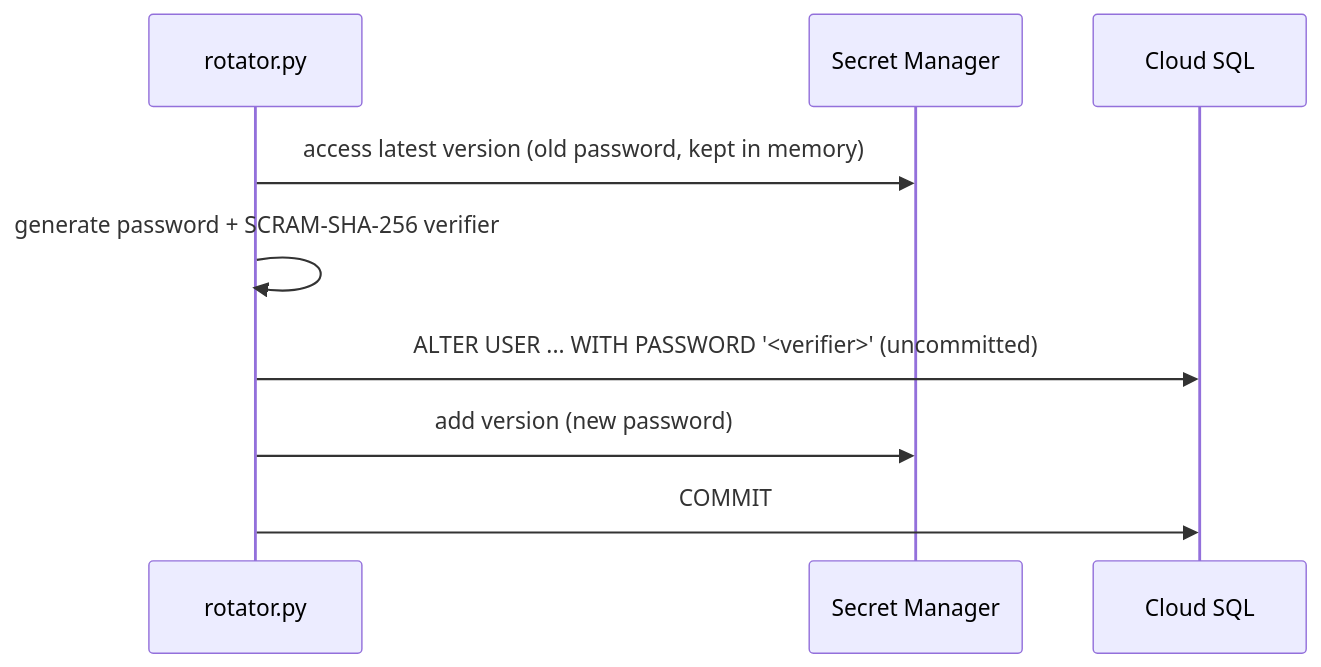
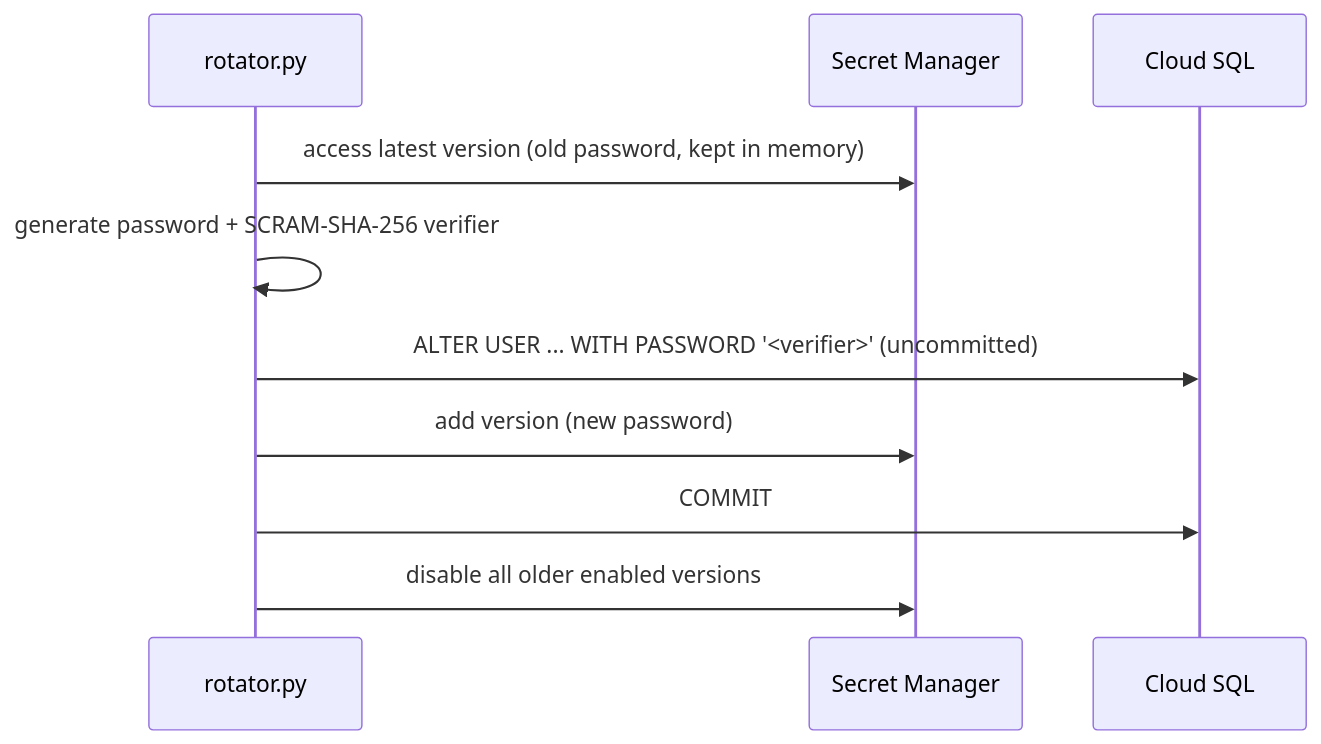
Before and after one commit to Sarank-tech/gcp-postgres-password-rotator: the second of 2 diagrams in ARCHITECTURE.md, drawn with Mermaid. The commit also changed other lines of this file and 3 other files, not shown here.

First line of the commit message:
rotator: disable previous secret versions after a successful rotation

````diff
--- a/ARCHITECTURE.md
+++ b/ARCHITECTURE.md
@@ -113,11 +113,12 @@
    ```mermaid
    sequenceDiagram
        participant R as rotator.py
        participant SM as Secret Manager
        participant DB as Cloud SQL
        R->>SM: access latest version (old password, kept in memory)
        R->>R: generate password + SCRAM-SHA-256 verifier
        R->>DB: ALTER USER ... WITH PASSWORD '<verifier>' (uncommitted)
        R->>SM: add version (new password)
        R->>DB: COMMIT
+       R->>SM: disable all older enabled versions
    ```
````
